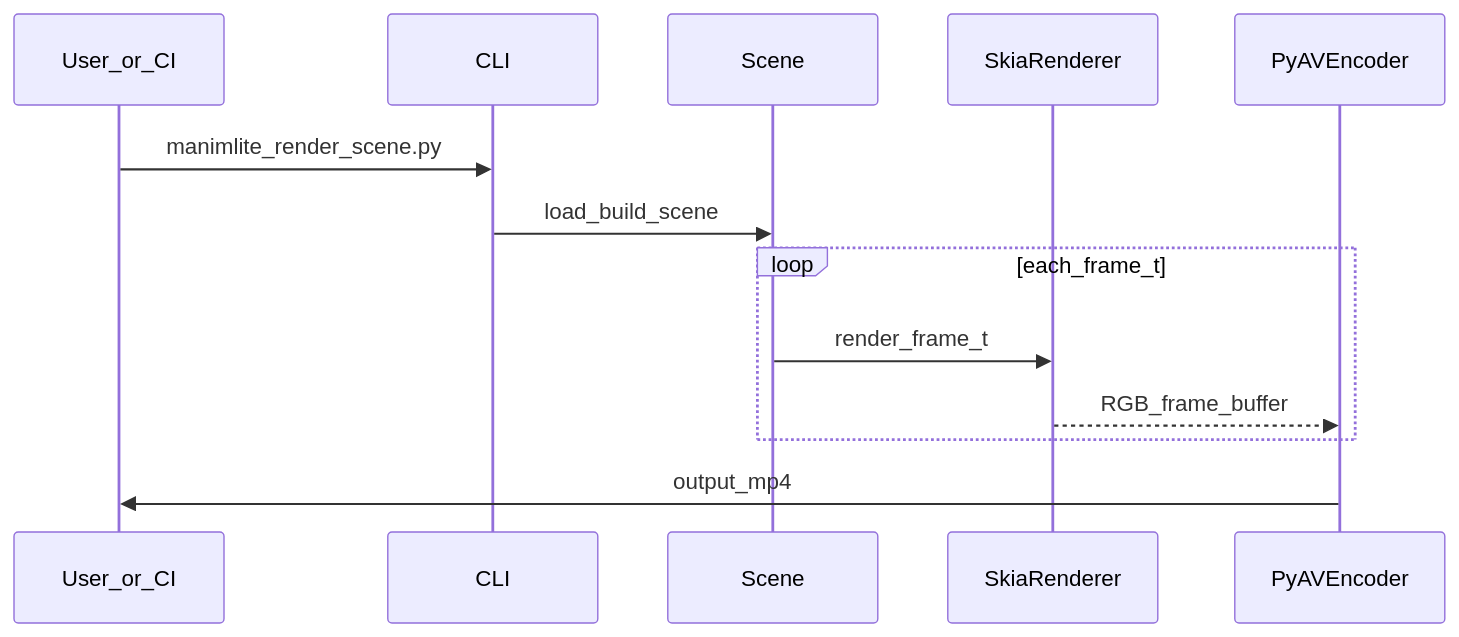
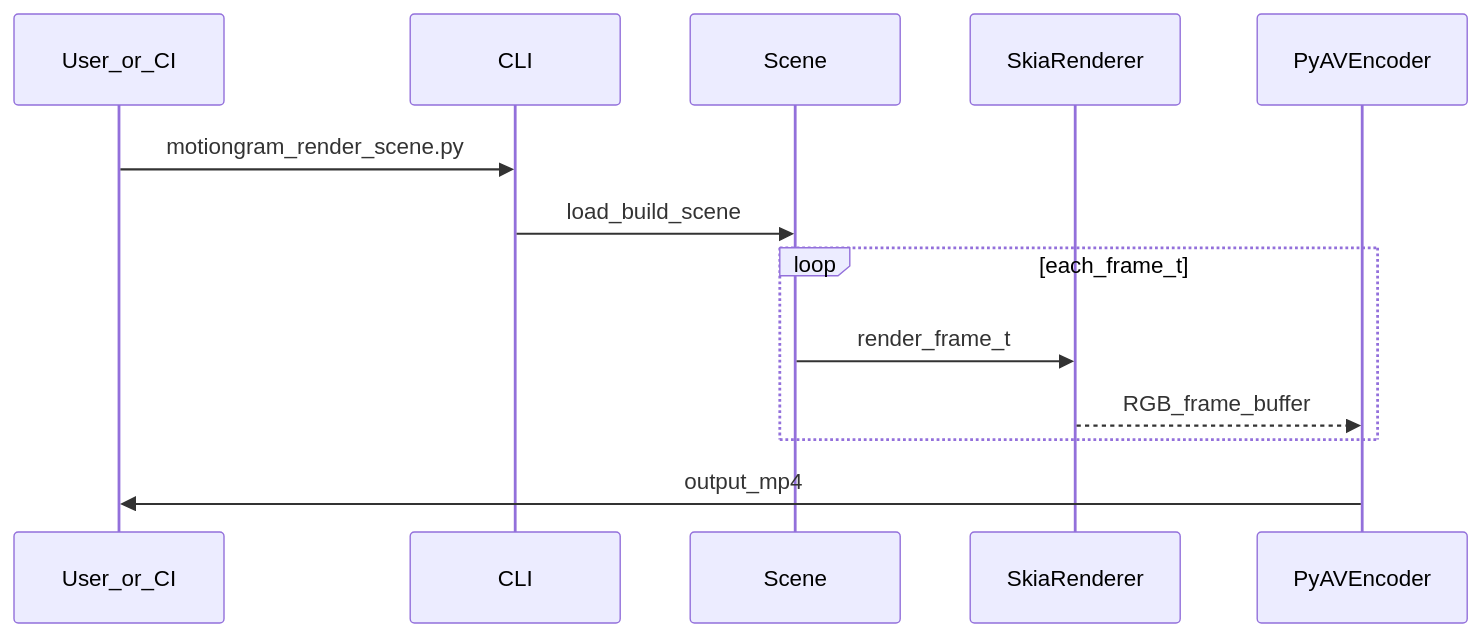
Before and after one commit to nabin2004/ManimLite: the second of 3 diagrams in docs/design/SDD.md, drawn with Mermaid. The commit also changed other lines of this file and 144 other files, not shown here.

Commit message:
Renamed from manimlite to motiongram

````diff
--- a/docs/design/SDD.md
+++ b/docs/design/SDD.md
@@ -83,16 +83,16 @@
 ```mermaid
 sequenceDiagram
     participant User as User_or_CI
     participant CLI as CLI
     participant Scene as Scene
     participant R as SkiaRenderer
     participant E as PyAVEncoder
 
-    User->>CLI: manimlite_render_scene.py
+    User->>CLI: motiongram_render_scene.py
     CLI->>Scene: load_build_scene
     loop each_frame_t
         Scene->>R: render_frame_t
         R-->>E: RGB_frame_buffer
     end
     E->>User: output_mp4
 ```
````
